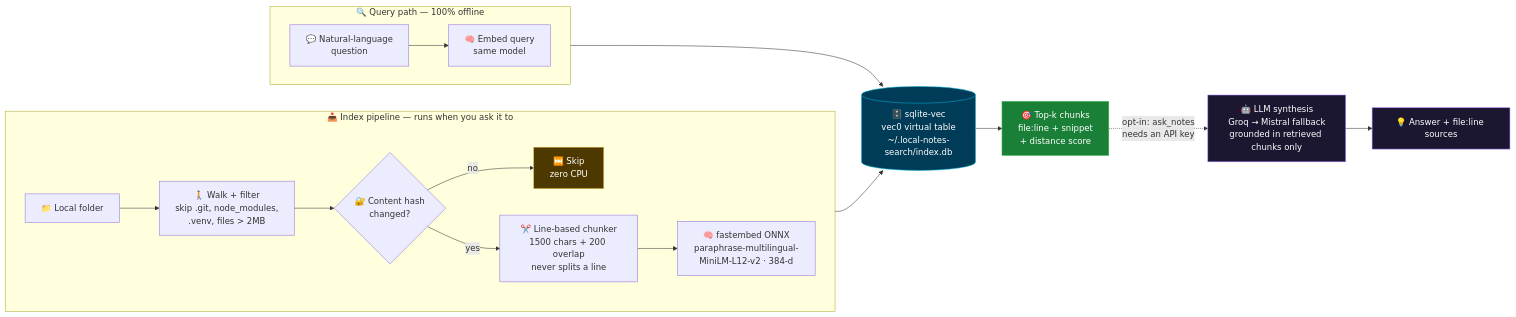
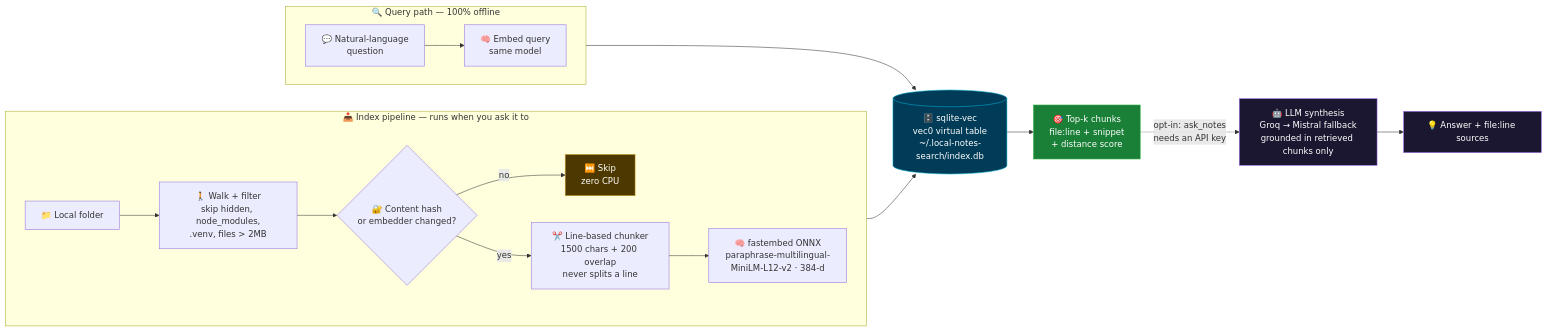
The diagram in README.md (Furkiozknn/local-notes-search-mcp), drawn with Mermaid before and after one commit. The commit also changed other lines of this file and 17 other files, not shown here.

````diff
--- a/README.md
+++ b/README.md
@@ -87,30 +91,30 @@
 ```mermaid
 flowchart LR
     subgraph INDEX["📥 Index pipeline — runs when you ask it to"]
         direction LR
-        A["📁 Local folder"] --> B["🚶 Walk + filter<br/>skip .git, node_modules,<br/>.venv, files &gt; 2MB"]
-        B --> H{"🔐 Content hash<br/>changed?"}
+        A["📁 Local folder"] --> B["🚶 Walk + filter<br/>skip hidden, node_modules,<br/>.venv, files &gt; 2MB"]
+        B --> H{"🔐 Content hash<br/>or embedder changed?"}
         H -- "no" --> SKIP["⏭️ Skip<br/>zero CPU"]
         H -- "yes" --> C["✂️ Line-based chunker<br/>1500 chars + 200 overlap<br/>never splits a line"]
         C --> D["🧠 fastembed ONNX<br/>paraphrase-multilingual-MiniLM-L12-v2 · 384-d"]
     end
 
     D --> DB[("🗄️ sqlite-vec<br/>vec0 virtual table<br/>~/.local-notes-search/index.db")]
 
     subgraph QUERY["🔍 Query path — 100% offline"]
         direction LR
         Q["💬 Natural-language<br/>question"] --> QE["🧠 Embed query<br/>same model"]
     end
 
     QE --> DB
     DB --> R["🎯 Top-k chunks<br/>file:line + snippet<br/>+ distance score"]
 
     R -. "opt-in: ask_notes<br/>needs an API key" .-> LLM["🤖 LLM synthesis<br/>Groq → Mistral fallback<br/>grounded in retrieved chunks only"]
     LLM --> ANS["💡 Answer + file:line sources"]
 
     style LLM fill:#1c1730,stroke:#a371f7,color:#ffffff
     style ANS fill:#1c1730,stroke:#a371f7,color:#ffffff
     style DB fill:#003b57,stroke:#00b4d8,color:#ffffff
     style R fill:#1a7f37,stroke:#3fb950,color:#ffffff
     style SKIP fill:#4d3800,stroke:#d4a72c,color:#ffffff
 ```
````
